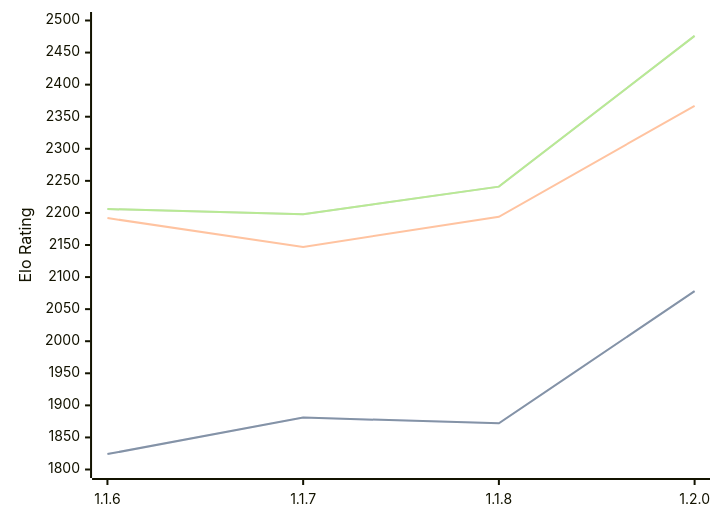
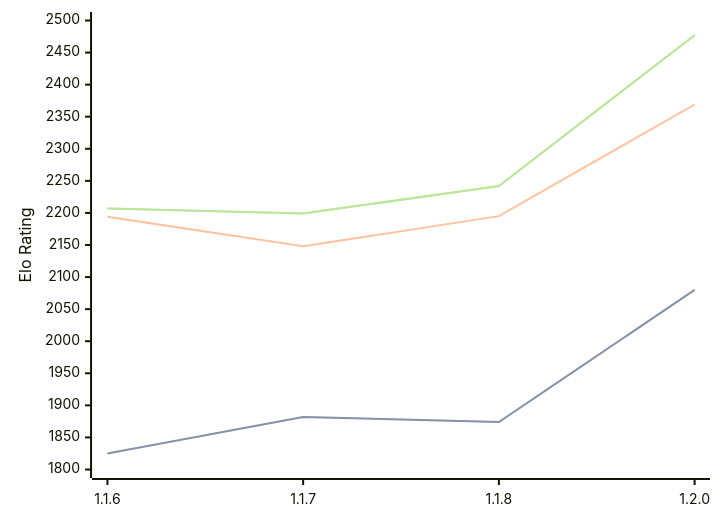
Before and after one commit to computer-chess-index/cci: the diagram in engines/Soomi.md, drawn with Mermaid. The commit also changed other lines of this file, not shown here.

Commit message:
Update CCI Ratings (ELO VLTC) - 2026-02-20

````diff
--- a/engines/Soomi.md
+++ b/engines/Soomi.md
@@ -31,11 +31,11 @@
 ```mermaid
 %%{init: {"theme":"base","themeVariables":{"seriesColors:['#a3a3a3','#222221','#faa371']}}}%%
 xychart-beta
   x-axis ["1.1.6", "1.1.7", "1.1.8", "1.2.0"]
   y-axis "Elo Rating" 1800 --> 2500
-  line "STC (8.0+0.08s)" [1824, 1881, 1872, 2078]
-  line "STC (8.0+0.08s)" [1824, 1881, 1872, 2078]
-  line "LTC (60.0+0.60s)" [2192, 2147, 2194, 2367]
-  line "VLTC (2m24s+1.12s)" [2206, 2198, 2241, 2476]
-  line "VLTC (2m24s+1.12s)" [2206, 2198, 2241, 2476]
+  line "STC (8.0+0.08s)" [1825, 1882, 1874, 2080]
+  line "STC (8.0+0.08s)" [1825, 1882, 1874, 2080]
+  line "LTC (60.0+0.60s)" [2194, 2148, 2195, 2369]
+  line "VLTC (2m24s+1.12s)" [2207, 2199, 2242, 2477]
+  line "VLTC (2m24s+1.12s)" [2207, 2199, 2242, 2477]
 ```
````
